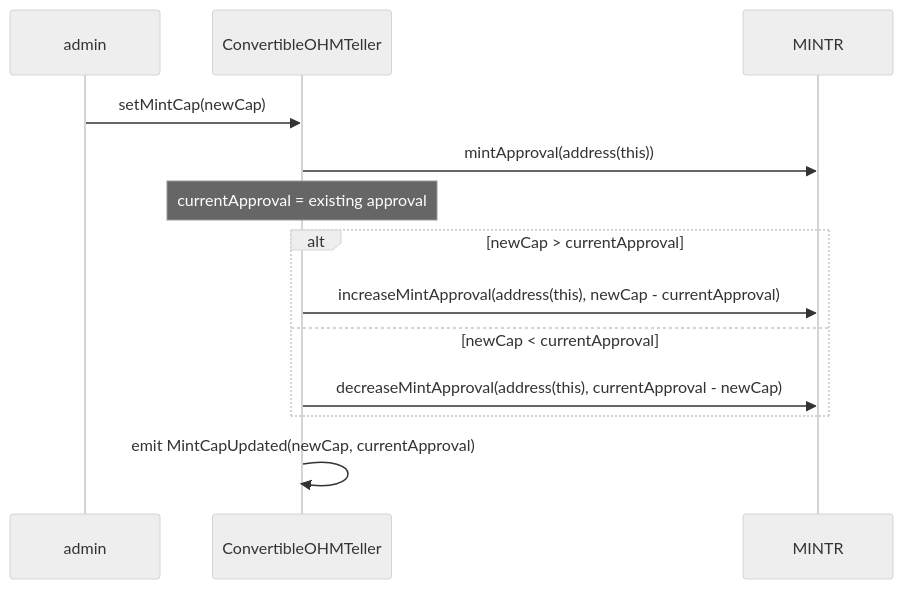
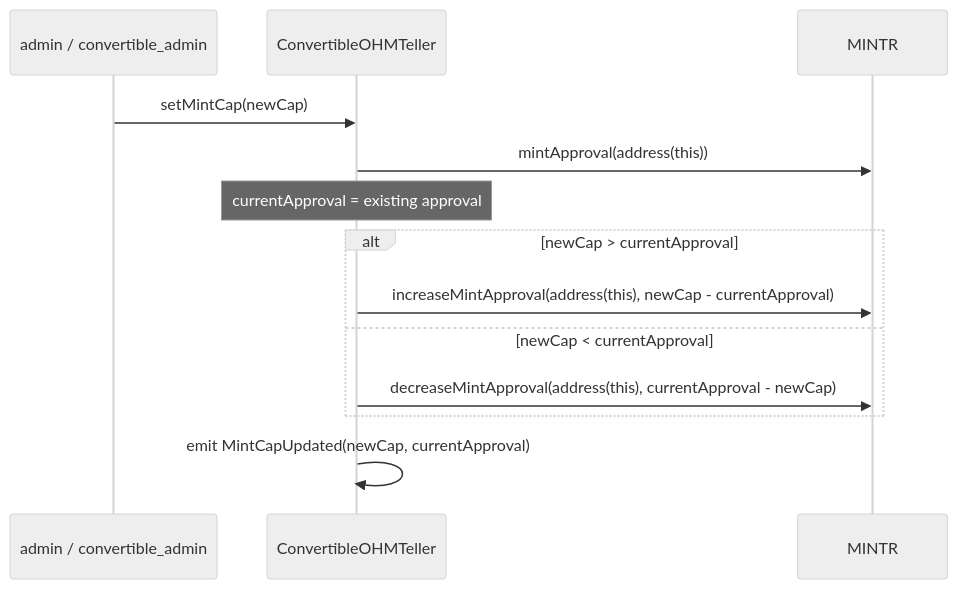
The sixth of 6 diagrams in audit/2026-02_rewards/README.md (OlympusDAO/olympus-v3), drawn with Mermaid (neutral theme) before and after one commit. The commit also changed other lines of this file and 15 other files, not shown here.

````diff
--- a/audit/2026-02_rewards/README.md
+++ b/audit/2026-02_rewards/README.md
@@ -370,18 +280,18 @@
 ```mermaid
 sequenceDiagram
-    participant Admin as admin
+    participant Admin as admin / convertible_admin
     participant Teller as ConvertibleOHMTeller
     participant MINTR
 
     Admin->>Teller: setMintCap(newCap)
     Teller->>MINTR: mintApproval(address(this))
     Note over Teller: currentApproval = existing approval
 
     alt newCap > currentApproval
         Teller->>MINTR: increaseMintApproval(address(this), newCap - currentApproval)
     else newCap < currentApproval
         Teller->>MINTR: decreaseMintApproval(address(this), currentApproval - newCap)
     end
 
     Teller->>Teller: emit MintCapUpdated(newCap, currentApproval)
 ```
````
